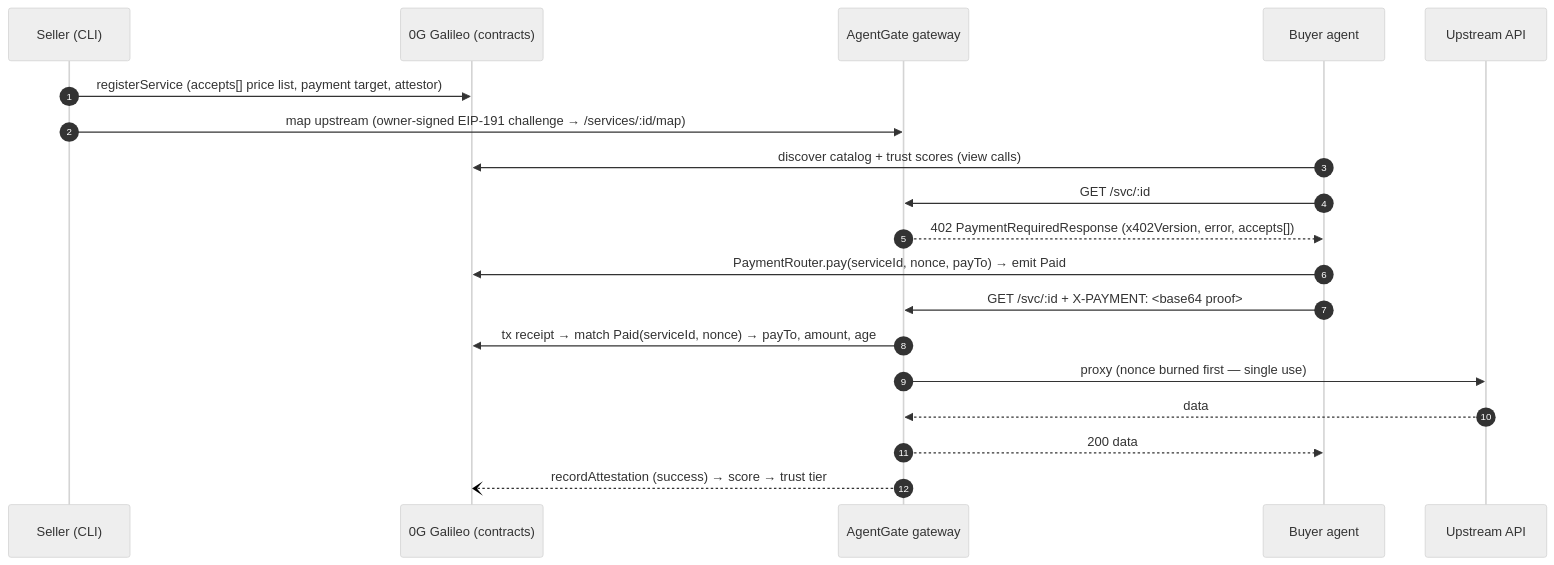
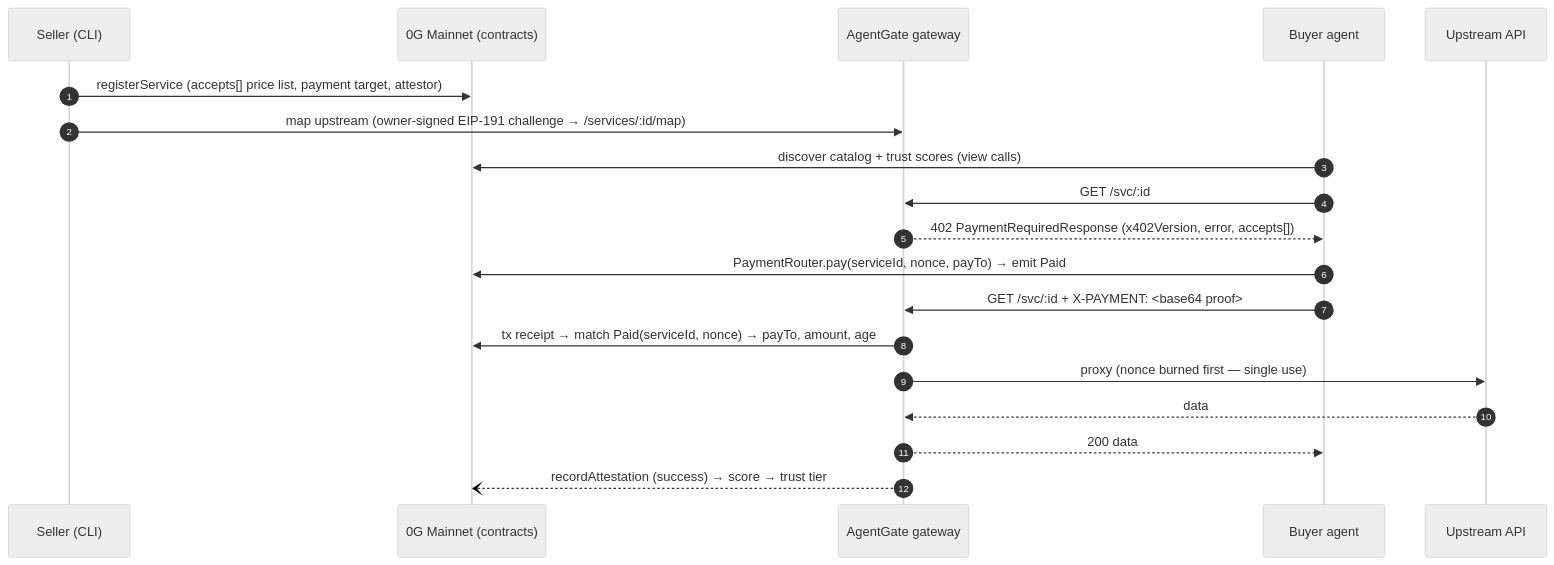
One commit to agentgate-0g/0g-gate changed the diagram in README.md. Above: the diagram before and after it, drawn with Mermaid (neutral theme). The commit also changed other lines of this file and 61 other files, not shown here.

````diff
--- a/README.md
+++ b/README.md
@@ -140,22 +147,22 @@
 ```mermaid
 sequenceDiagram
     autonumber
     participant Seller as Seller (CLI)
-    participant Chain as 0G Galileo (contracts)
+    participant Chain as 0G Mainnet (contracts)
     participant Gate as AgentGate gateway
     participant Agent as Buyer agent
     participant API as Upstream API
 
     Seller->>Chain: registerService (accepts[] price list, payment target, attestor)
     Seller->>Gate: map upstream (owner-signed EIP-191 challenge → /services/:id/map)
     Agent->>Chain: discover catalog + trust scores (view calls)
     Agent->>Gate: GET /svc/:id
     Gate-->>Agent: 402 PaymentRequiredResponse (x402Version, error, accepts[])
     Agent->>Chain: PaymentRouter.pay(serviceId, nonce, payTo) → emit Paid
     Agent->>Gate: GET /svc/:id + X-PAYMENT: <base64 proof>
     Gate->>Chain: tx receipt → match Paid(serviceId, nonce) → payTo, amount, age
     Gate->>API: proxy (nonce burned first — single use)
     API-->>Gate: data
     Gate-->>Agent: 200 data
     Gate--)Chain: recordAttestation (success) → score → trust tier
 ```
````
